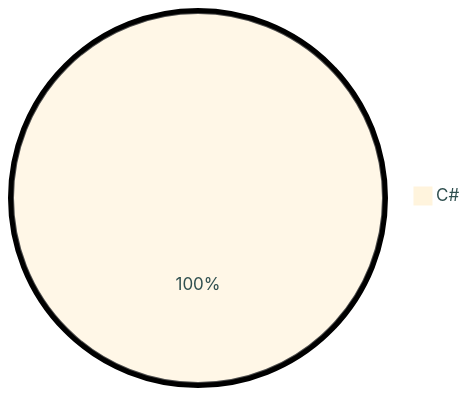
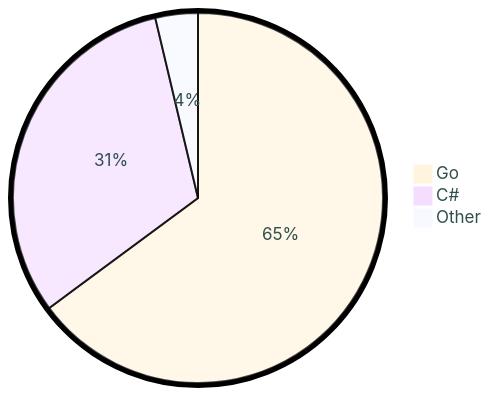
The diagram in README.md (tot0p/tot0p), drawn with Mermaid before and after one commit. The commit also changed other lines of this file, not shown here.

````diff
--- a/README.md
+++ b/README.md
@@ -66,5 +73,7 @@
 ```mermaid
 %%{init: {"pie": {"textPosition": 0.5}, "themeVariables": {"pieOuterStrokeWidth": "5px","primaryTextColor" : "#2F4F4F"},"theme":"base"} }%%
 pie
-	"C#": 100.0
+	"Go": 64.86
+	"C#": 31.43
+	"Other": 3.71
 ```
````
